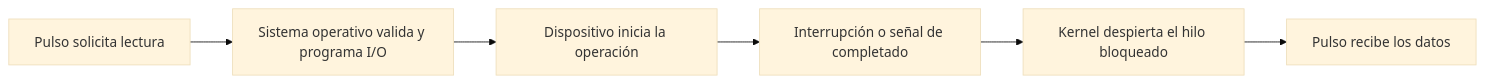
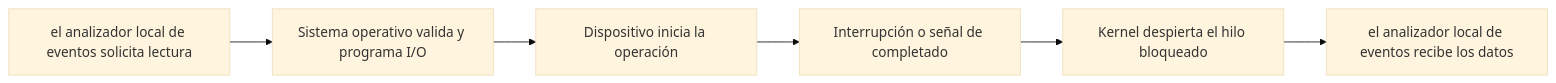
One commit to vladimiracunadev-create/modern-software-engineering-program changed the diagram in content/part-01/SE-019.md. Above: the diagram before and after it, drawn with Mermaid (base theme). The commit also changed other lines of this file and 14 other files, not shown here.

````diff
--- a/content/part-01/SE-019.md
+++ b/content/part-01/SE-019.md
@@ -60,8 +60,8 @@
 ```mermaid
 flowchart LR
- P[Pulso solicita lectura] --> K[Sistema operativo valida y programa I/O]
+ P[el analizador local de eventos solicita lectura] --> K[Sistema operativo valida y programa I/O]
  K --> D[Dispositivo inicia la operación]
  D --> I[Interrupción o señal de completado]
  I --> R[Kernel despierta el hilo bloqueado]
- R --> P2[Pulso recibe los datos]
+ R --> P2[el analizador local de eventos recibe los datos]
 ```
````
